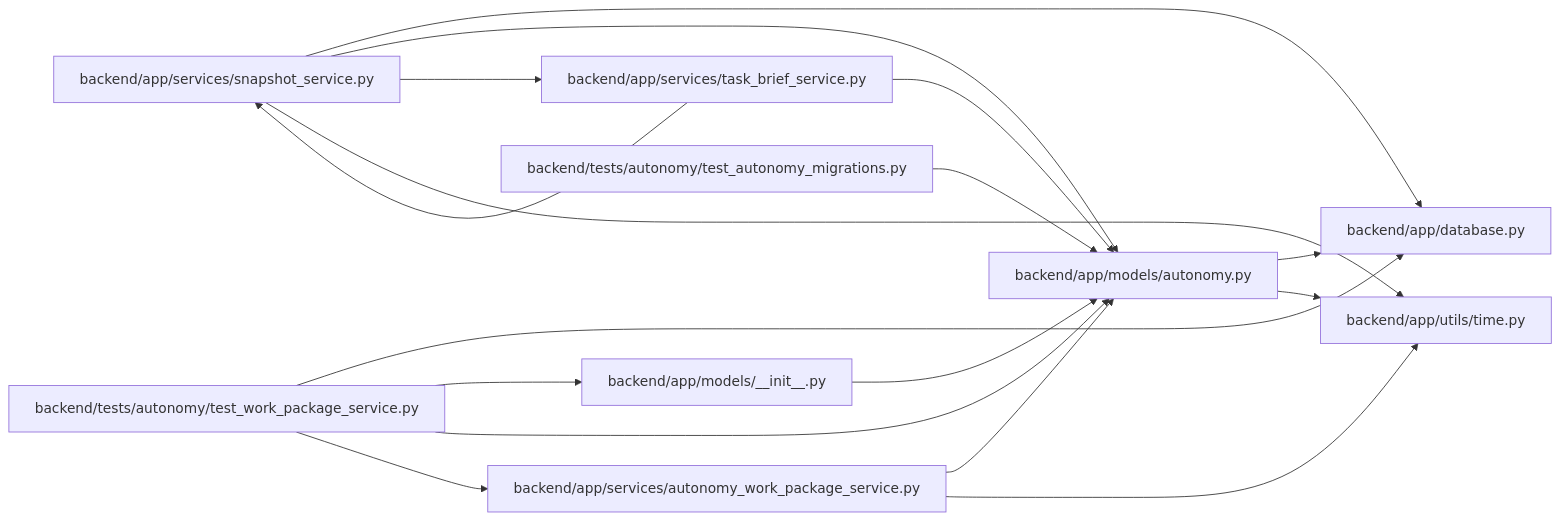
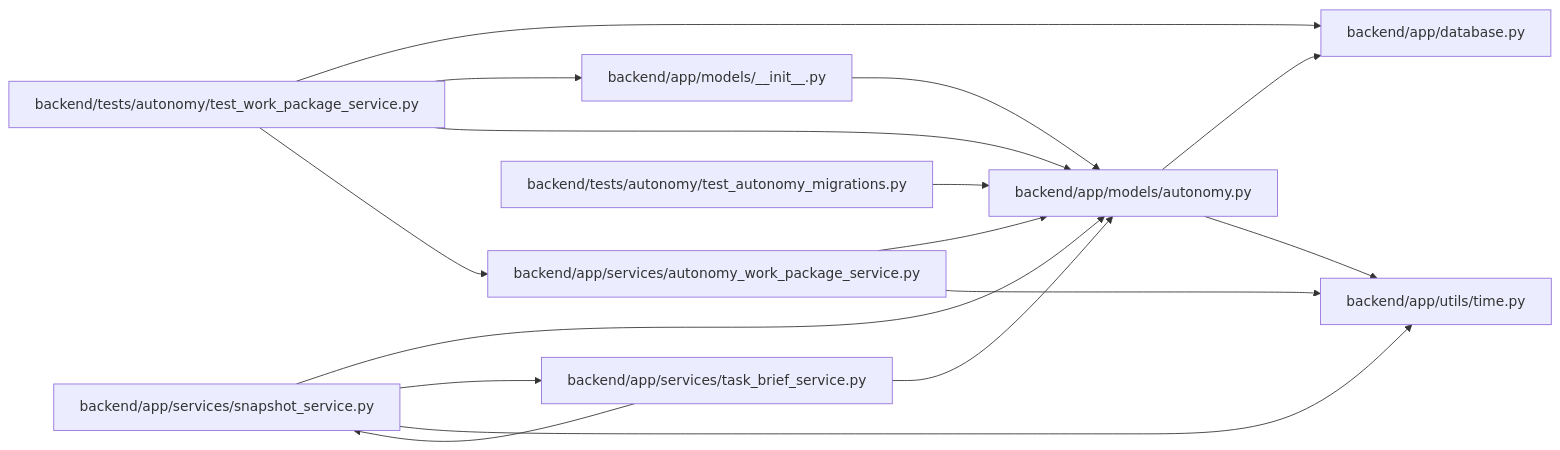
Before and after one commit to Denissvgn/WorkChord: the diagram in docs/llm_wiki/modules/models_autonomy.md, drawn with Mermaid. The commit also changed 636 other files, not shown here.

````diff
--- a/docs/llm_wiki/modules/models_autonomy.md
+++ b/docs/llm_wiki/modules/models_autonomy.md
@@ -24,37 +24,36 @@
 ```mermaid
 flowchart LR
     n0["backend/app/database.py"]
     n1["backend/app/models/__init__.py"]
     n2["backend/app/models/autonomy.py"]
     n3["backend/app/services/autonomy_work_package_service.py"]
     n4["backend/app/services/snapshot_service.py"]
     n5["backend/app/services/task_brief_service.py"]
     n6["backend/app/utils/time.py"]
     n7["backend/tests/autonomy/test_autonomy_migrations.py"]
     n8["backend/tests/autonomy/test_work_package_service.py"]
     n1 --> n2
     n2 --> n0
     n2 --> n6
     n3 --> n2
     n3 --> n6
-    n4 --> n0
     n4 --> n2
     n4 --> n5
     n4 --> n6
     n5 --> n2
     n5 --> n4
     n7 --> n2
     n8 --> n0
     n8 --> n1
     n8 --> n2
     n8 --> n3
     click n0 "../modules/app_database.md"
     click n1 "../modules/models___init__.md"
     click n2 "../modules/models_autonomy.md"
     click n3 "../modules/autonomy_work_package_service.md"
     click n4 "../modules/snapshot_service.md"
     click n5 "../modules/task_brief_service.md"
     click n6 "../modules/time.md"
     click n7 "../modules/test_autonomy_migrations.md"
     click n8 "../modules/test_work_package_service.md"
 ```
````
